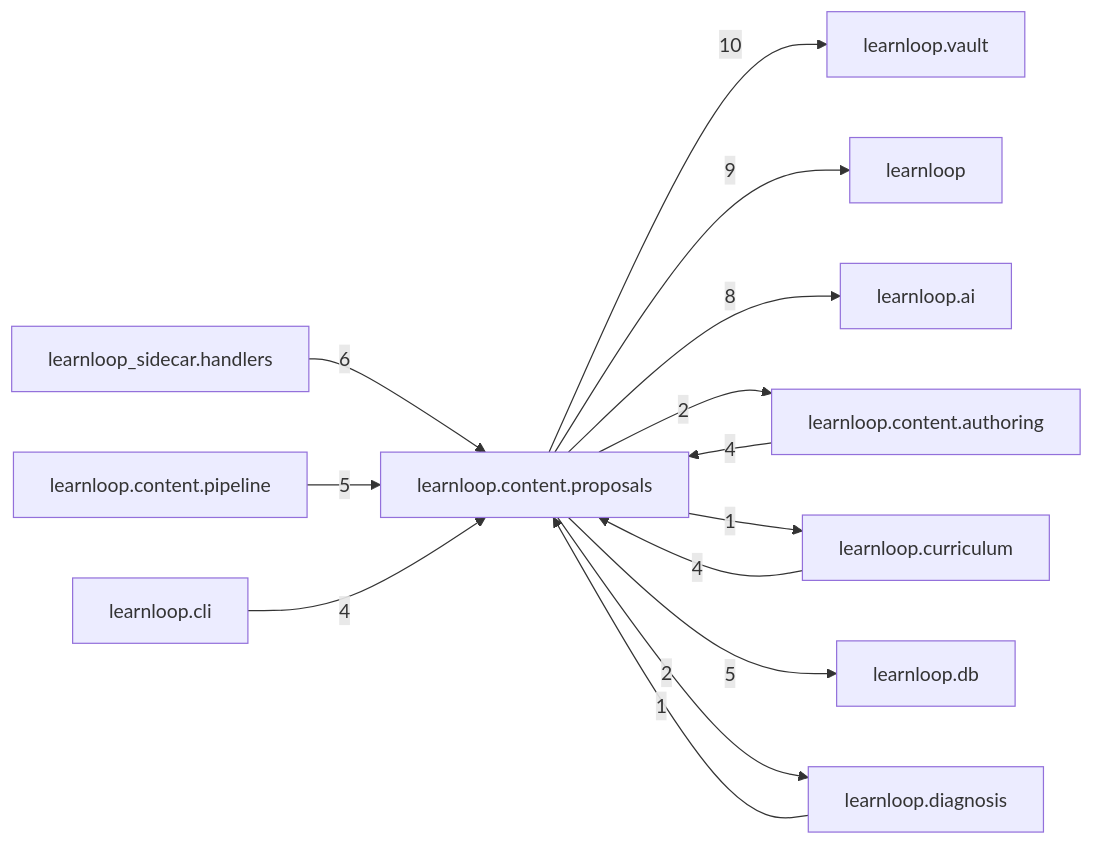
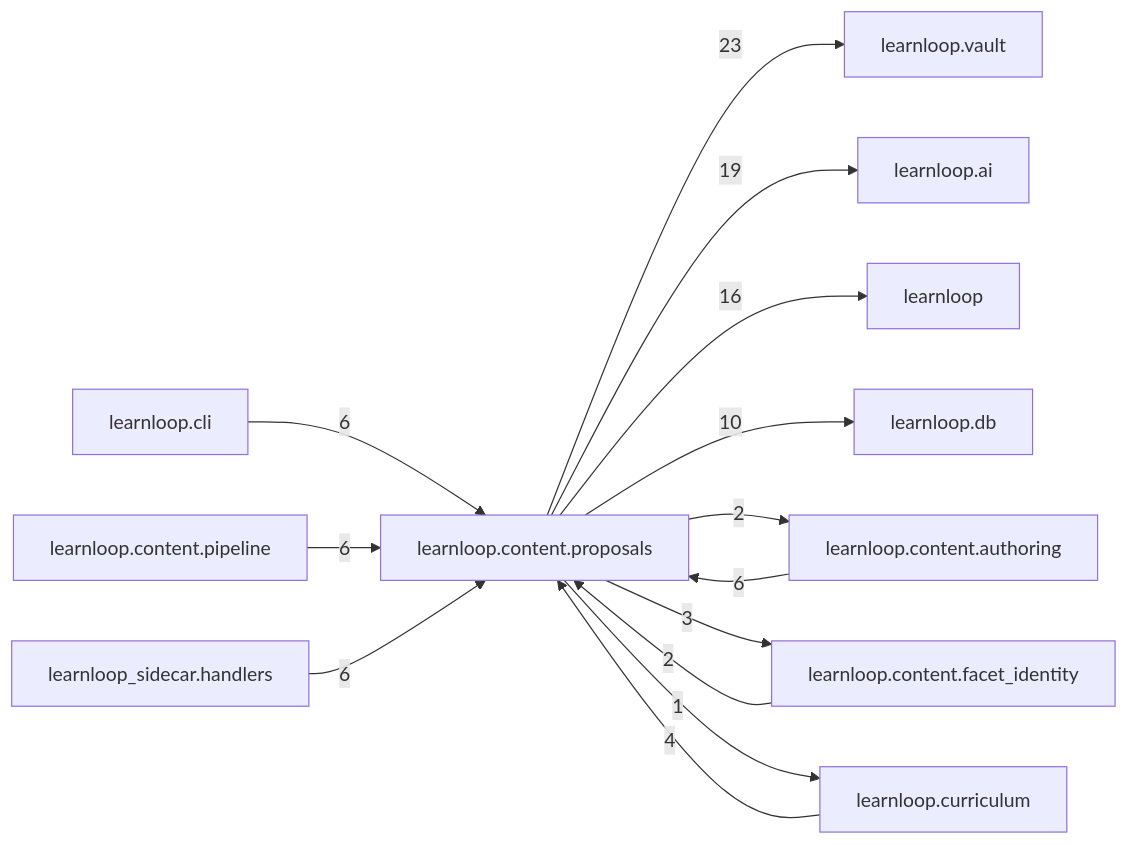
The diagram in docs/learnloop-architecture-vault/Reference/Modules/learnloop/content/proposals/_package.md (6up-b/learnanything), drawn with Mermaid before and after one commit. The commit also changed other lines of this file and 1202 other files, not shown here.

````diff
--- a/docs/learnloop-architecture-vault/Reference/Modules/learnloop/content/proposals/_package.md
+++ b/docs/learnloop-architecture-vault/Reference/Modules/learnloop/content/proposals/_package.md
@@ -92,27 +104,27 @@
 ```mermaid
 flowchart LR
     center["learnloop.content.proposals"]
     n_learnloop_vault["learnloop.vault"]
+    n_learnloop_ai["learnloop.ai"]
     n_learnloop["learnloop"]
-    n_learnloop_ai["learnloop.ai"]
+    n_learnloop_db["learnloop.db"]
     n_learnloop_content_authoring["learnloop.content.authoring"]
+    n_learnloop_cli["learnloop.cli"]
+    n_learnloop_content_pipeline["learnloop.content.pipeline"]
     n_learnloop_sidecar_handlers["learnloop_sidecar.handlers"]
-    n_learnloop_content_pipeline["learnloop.content.pipeline"]
+    n_learnloop_content_facet_identity["learnloop.content.facet_identity"]
     n_learnloop_curriculum["learnloop.curriculum"]
-    n_learnloop_db["learnloop.db"]
-    n_learnloop_cli["learnloop.cli"]
-    n_learnloop_diagnosis["learnloop.diagnosis"]
-    center -->|10| n_learnloop_vault
-    center -->|9| n_learnloop
-    center -->|8| n_learnloop_ai
-    n_learnloop_content_authoring -->|4| center
+    center -->|23| n_learnloop_vault
+    center -->|19| n_learnloop_ai
+    center -->|16| n_learnloop
+    center -->|10| n_learnloop_db
+    n_learnloop_content_authoring -->|6| center
     center -->|2| n_learnloop_content_authoring
+    n_learnloop_cli -->|6| center
+    n_learnloop_content_pipeline -->|6| center
     n_learnloop_sidecar_handlers -->|6| center
-    n_learnloop_content_pipeline -->|5| center
+    n_learnloop_content_facet_identity -->|2| center
+    center -->|3| n_learnloop_content_facet_identity
     n_learnloop_curriculum -->|4| center
     center -->|1| n_learnloop_curriculum
-    center -->|5| n_learnloop_db
-    n_learnloop_cli -->|4| center
-    n_learnloop_diagnosis -->|1| center
-    center -->|2| n_learnloop_diagnosis
 ```
````
